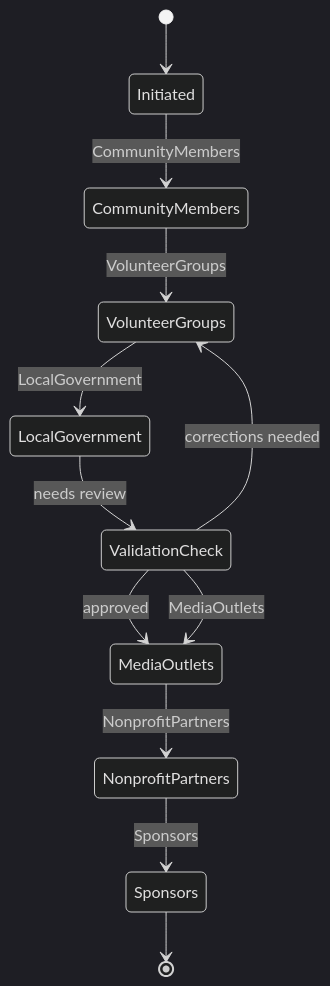
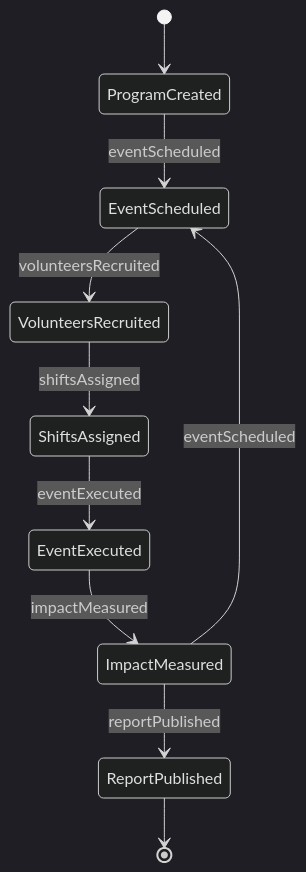
The second of 4 diagrams in GuidingDirectingAndMotivatingSubordinates/CoordinateGroupCommunityOrPublicActivities/ManageOutreachActivities.mdx (dot-org-ai/tasks.org.ai), drawn with Mermaid (dark theme) before and after one commit. The commit also changed other lines of this file and 515 other files, not shown here.

````diff
--- a/GuidingDirectingAndMotivatingSubordinates/CoordinateGroupCommunityOrPublicActivities/ManageOutreachActivities.mdx
+++ b/GuidingDirectingAndMotivatingSubordinates/CoordinateGroupCommunityOrPublicActivities/ManageOutreachActivities.mdx
@@ -102,14 +100,12 @@
 ```mermaid
 stateDiagram-v2
-    [*] --> Initiated
-    Initiated --> CommunityMembers: CommunityMembers
-    CommunityMembers --> VolunteerGroups: VolunteerGroups
-    VolunteerGroups --> LocalGovernment: LocalGovernment
-    LocalGovernment --> ValidationCheck: needs review
-    ValidationCheck --> VolunteerGroups: corrections needed
-    ValidationCheck --> MediaOutlets: approved
-    ValidationCheck --> MediaOutlets: MediaOutlets
-    MediaOutlets --> NonprofitPartners: NonprofitPartners
-    NonprofitPartners --> Sponsors: Sponsors
-    Sponsors --> [*]
+    [*] --> ProgramCreated
+    ProgramCreated --> EventScheduled : eventScheduled
+    EventScheduled --> VolunteersRecruited : volunteersRecruited
+    VolunteersRecruited --> ShiftsAssigned : shiftsAssigned
+    ShiftsAssigned --> EventExecuted : eventExecuted
+    EventExecuted --> ImpactMeasured : impactMeasured
+    ImpactMeasured --> ReportPublished : reportPublished
+    ImpactMeasured --> EventScheduled : eventScheduled
+    ReportPublished --> [*]
 ```
````
